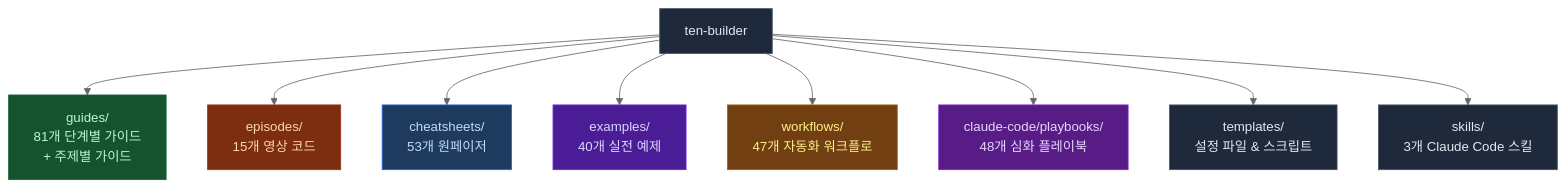
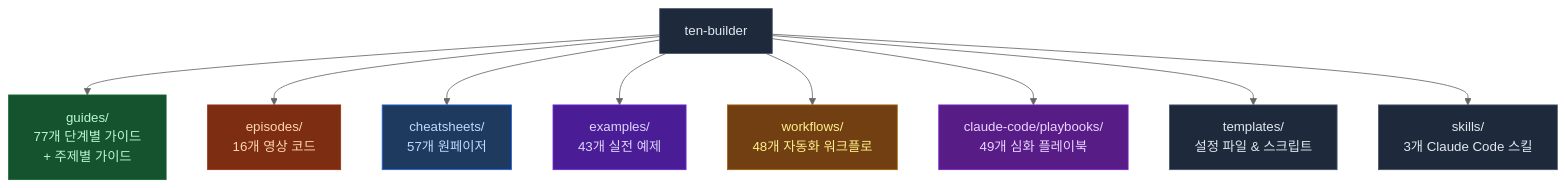
The first of 2 diagrams in README.md (ten-builder/ten-builder), drawn with Mermaid (neutral theme) before and after one commit. The commit also changed other lines of this file, not shown here.

Commit message:
docs: README sync -- guides 75-77, EP12+EP17, 4 cheatsheets, 2 examples, 1 workflow, playbook 56

````diff
--- a/README.md
+++ b/README.md
@@ -23,21 +23,21 @@
 ```mermaid
 flowchart TD
-    R["ten-builder"] --> G["guides/\n81개 단계별 가이드\n+ 주제별 가이드"]
-    R --> E["episodes/\n15개 영상 코드"]
-    R --> C["cheatsheets/\n53개 원페이저"]
-    R --> EX["examples/\n40개 실전 예제"]
-    R --> W["workflows/\n47개 자동화 워크플로"]
-    R --> P["claude-code/playbooks/\n48개 심화 플레이북"]
+    R["ten-builder"] --> G["guides/\n77개 단계별 가이드\n+ 주제별 가이드"]
+    R --> E["episodes/\n16개 영상 코드"]
+    R --> C["cheatsheets/\n57개 원페이저"]
+    R --> EX["examples/\n43개 실전 예제"]
+    R --> W["workflows/\n48개 자동화 워크플로"]
+    R --> P["claude-code/playbooks/\n49개 심화 플레이북"]
     R --> T["templates/\n설정 파일 & 스크립트"]
     R --> S["skills/\n3개 Claude Code 스킬"]
 
     style R fill:#1e293b,stroke:#475569,color:#e2e8f0
     style G fill:#14532d,stroke:#166534,color:#bbf7d0
     style E fill:#7c2d12,stroke:#9a3412,color:#fed7aa
     style C fill:#1e3a5f,stroke:#2563eb,color:#bfdbfe
     style EX fill:#4a1d96,stroke:#6d28d9,color:#ddd6fe
     style W fill:#713f12,stroke:#a16207,color:#fef08a
     style P fill:#581c87,stroke:#7e22ce,color:#e9d5ff
     style T fill:#1e293b,stroke:#475569,color:#e2e8f0
     style S fill:#1e293b,stroke:#475569,color:#e2e8f0
 ```
````
